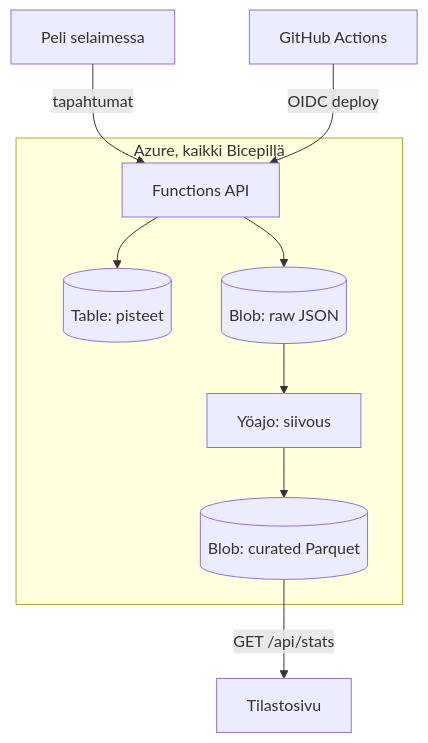
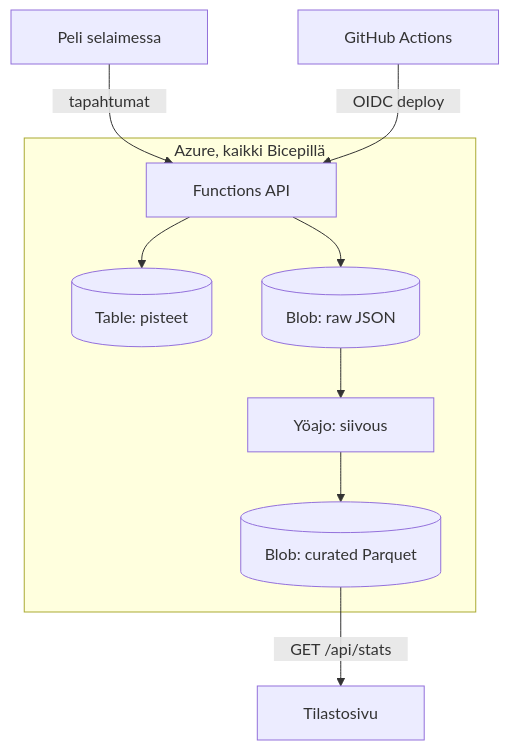
The diagram in README.md (Gerlitek/zombiet-peli), drawn with Mermaid before and after one commit.

Commit message:
Pad the diagram labels horizontally so GitHub does not clip them

````diff
--- a/README.md
+++ b/README.md
@@ -14,17 +14,17 @@
 ```mermaid
 flowchart TD
-    Game["Peli selaimessa"] -->|"tapahtumat"| API
-    GH["GitHub Actions"] -->|"OIDC deploy"| API
-    subgraph Azure["Azure, kaikki Bicepillä"]
-        API["Functions API"]
-        Scores[("Table: pisteet")]
-        Raw[("Blob: raw JSON")]
-        Night["Yöajo: siivous"]
-        Cur[("Blob: curated Parquet")]
+    Game["&nbsp;&nbsp;&nbsp;&nbsp;Peli selaimessa&nbsp;&nbsp;&nbsp;&nbsp;"] -->|"&nbsp;&nbsp;&nbsp;&nbsp;tapahtumat&nbsp;&nbsp;&nbsp;&nbsp;"| API
+    GH["&nbsp;&nbsp;&nbsp;&nbsp;GitHub Actions&nbsp;&nbsp;&nbsp;&nbsp;"] -->|"&nbsp;&nbsp;&nbsp;&nbsp;OIDC deploy&nbsp;&nbsp;&nbsp;&nbsp;"| API
+    subgraph Azure["&nbsp;&nbsp;&nbsp;&nbsp;Azure, kaikki Bicepillä&nbsp;&nbsp;&nbsp;&nbsp;"]
+        API["&nbsp;&nbsp;&nbsp;&nbsp;Functions API&nbsp;&nbsp;&nbsp;&nbsp;"]
+        Scores[("&nbsp;&nbsp;&nbsp;&nbsp;Table: pisteet&nbsp;&nbsp;&nbsp;&nbsp;")]
+        Raw[("&nbsp;&nbsp;&nbsp;&nbsp;Blob: raw JSON&nbsp;&nbsp;&nbsp;&nbsp;")]
+        Night["&nbsp;&nbsp;&nbsp;&nbsp;Yöajo: siivous&nbsp;&nbsp;&nbsp;&nbsp;"]
+        Cur[("&nbsp;&nbsp;&nbsp;&nbsp;Blob: curated Parquet&nbsp;&nbsp;&nbsp;&nbsp;")]
         API --> Scores
         API --> Raw
         Raw --> Night
         Night --> Cur
     end
-    Cur -->|"GET /api/stats"| Dash["Tilastosivu"]
+    Cur -->|"&nbsp;&nbsp;&nbsp;&nbsp;GET /api/stats&nbsp;&nbsp;&nbsp;&nbsp;"| Dash["&nbsp;&nbsp;&nbsp;&nbsp;Tilastosivu&nbsp;&nbsp;&nbsp;&nbsp;"]
 ```
````
